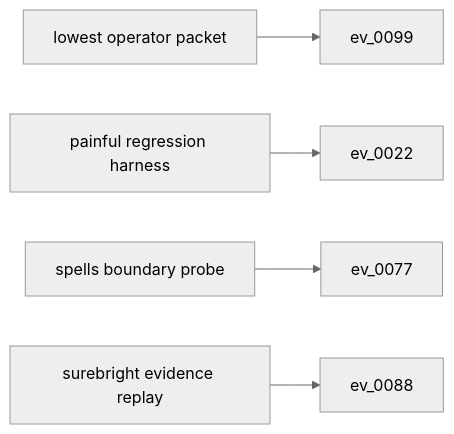
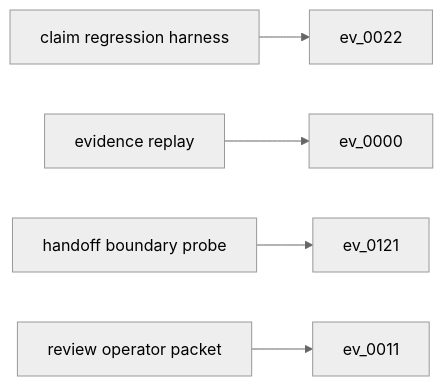
The diagram in outputs/trace_graph.mmd (t7r0n/policy-graph), drawn with Mermaid (neutral theme) before and after one commit. The commit also changed 21 other files, not shown here.

```diff
--- a/outputs/trace_graph.mmd
+++ b/outputs/trace_graph.mmd
@@ -1,13 +1,13 @@
 flowchart LR
-  s0["lowest operator packet"]
-  e0["ev_0099"]
+  s0["claim regression harness"]
+  e0["ev_0022"]
   s0 --> e0
-  s1["painful regression harness"]
-  e1["ev_0022"]
+  s1["evidence replay"]
+  e1["ev_0000"]
   s1 --> e1
-  s2["spells boundary probe"]
-  e2["ev_0077"]
+  s2["handoff boundary probe"]
+  e2["ev_0121"]
   s2 --> e2
-  s3["surebright evidence replay"]
-  e3["ev_0088"]
+  s3["review operator packet"]
+  e3["ev_0011"]
   s3 --> e3
```
